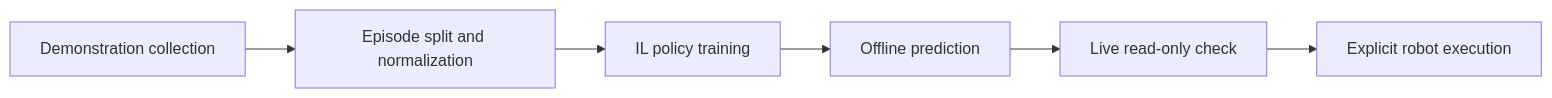
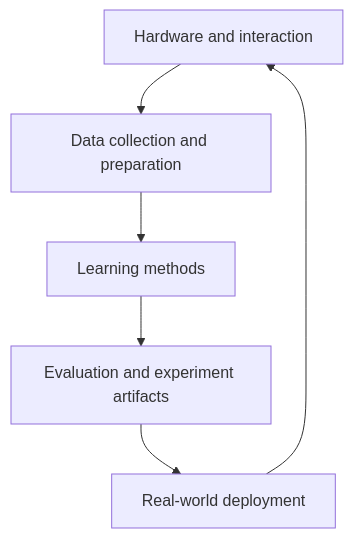
One commit to CorradoZhang/Advanced-Learning-Based-Robotic-Arm-Control changed the diagram in README.md. Above: the diagram before and after it, drawn with Mermaid. The commit also changed other lines of this file and 2 other files, not shown here.

Commit message:
Present project scope and architecture on the homepage

````diff
--- a/README.md
+++ b/README.md
@@ -28,8 +35,8 @@
 ```mermaid
-flowchart LR
-    A[Demonstration collection] --> B[Episode split and normalization]
-    B --> C[IL policy training]
-    C --> D[Offline prediction]
-    D --> E[Live read-only check]
-    E --> F[Explicit robot execution]
+flowchart TB
+    H[Hardware and interaction] --> D[Data collection and preparation]
+    D --> L[Learning methods]
+    L --> E[Evaluation and experiment artifacts]
+    E --> P[Real-world deployment]
+    P --> H
 ```
````
